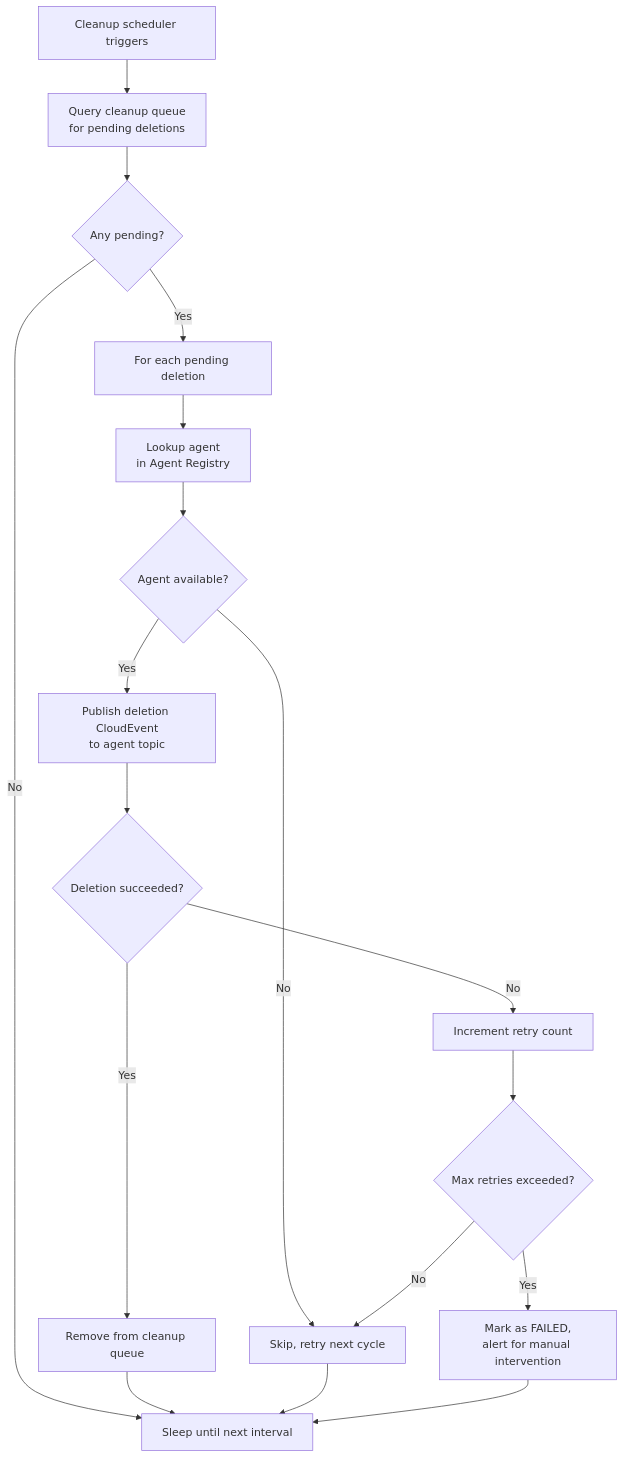
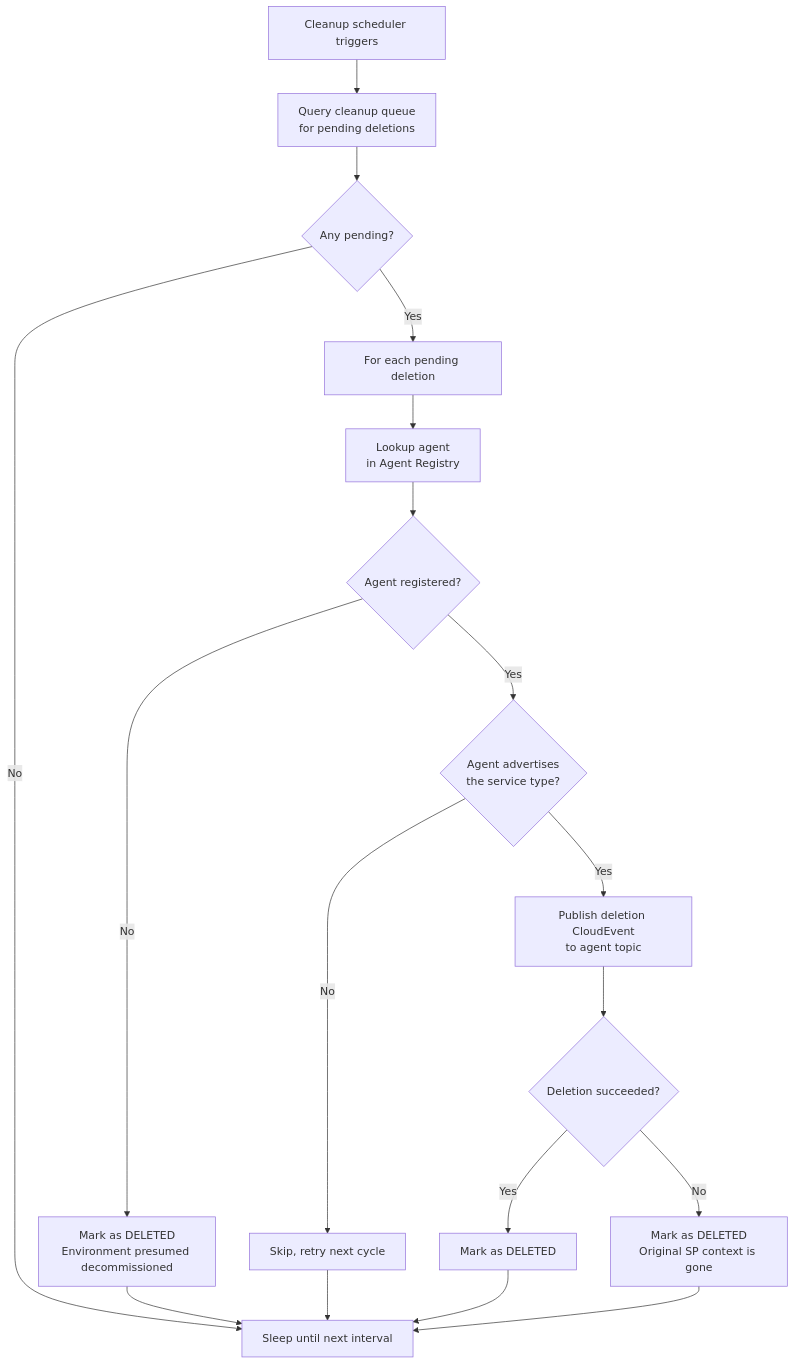
The third of 4 diagrams in enhancements/rehydration-flow/rehydration-flow.md (gabriel-farache/enhancements), drawn with Mermaid before and after one commit. The commit also changed other lines of this file and 3 other files, not shown here.

````diff
--- a/enhancements/rehydration-flow/rehydration-flow.md
+++ b/enhancements/rehydration-flow/rehydration-flow.md
@@ -316,20 +326,20 @@
 ```mermaid
 flowchart TD
     A[Cleanup scheduler triggers] --> B[Query cleanup queue<br/>for pending deletions]
     B --> C{Any pending?}
     C -->|No| D[Sleep until next interval]
     C -->|Yes| E[For each pending deletion]
     E --> F[Lookup agent<br/>in Agent Registry]
-    F --> G{Agent available?}
-    G -->|No| H[Skip, retry next cycle]
-    G -->|Yes| I[Publish deletion CloudEvent<br/>to agent topic]
-    I --> J{Deletion succeeded?}
-    J -->|Yes| K[Remove from cleanup queue]
-    J -->|No| L[Increment retry count]
-    L --> M{Max retries exceeded?}
-    M -->|No| H
-    M -->|Yes| N[Mark as FAILED,<br/>alert for manual intervention]
-    K --> D
+    F --> G{Agent registered?}
+    G -->|No| H[Mark as DELETED<br/>Environment presumed decommissioned]
+    G -->|Yes| I{Agent advertises<br/>the service type?}
+    I -->|No| J[Skip, retry next cycle]
+    I -->|Yes| K[Publish deletion CloudEvent<br/>to agent topic]
+    K --> L{Deletion succeeded?}
+    L -->|Yes| M[Mark as DELETED]
+    L -->|No| N[Mark as DELETED<br/>Original SP context is gone]
+    M --> D
+    N --> D
     H --> D
-    N --> D
+    J --> D
 ```
````
